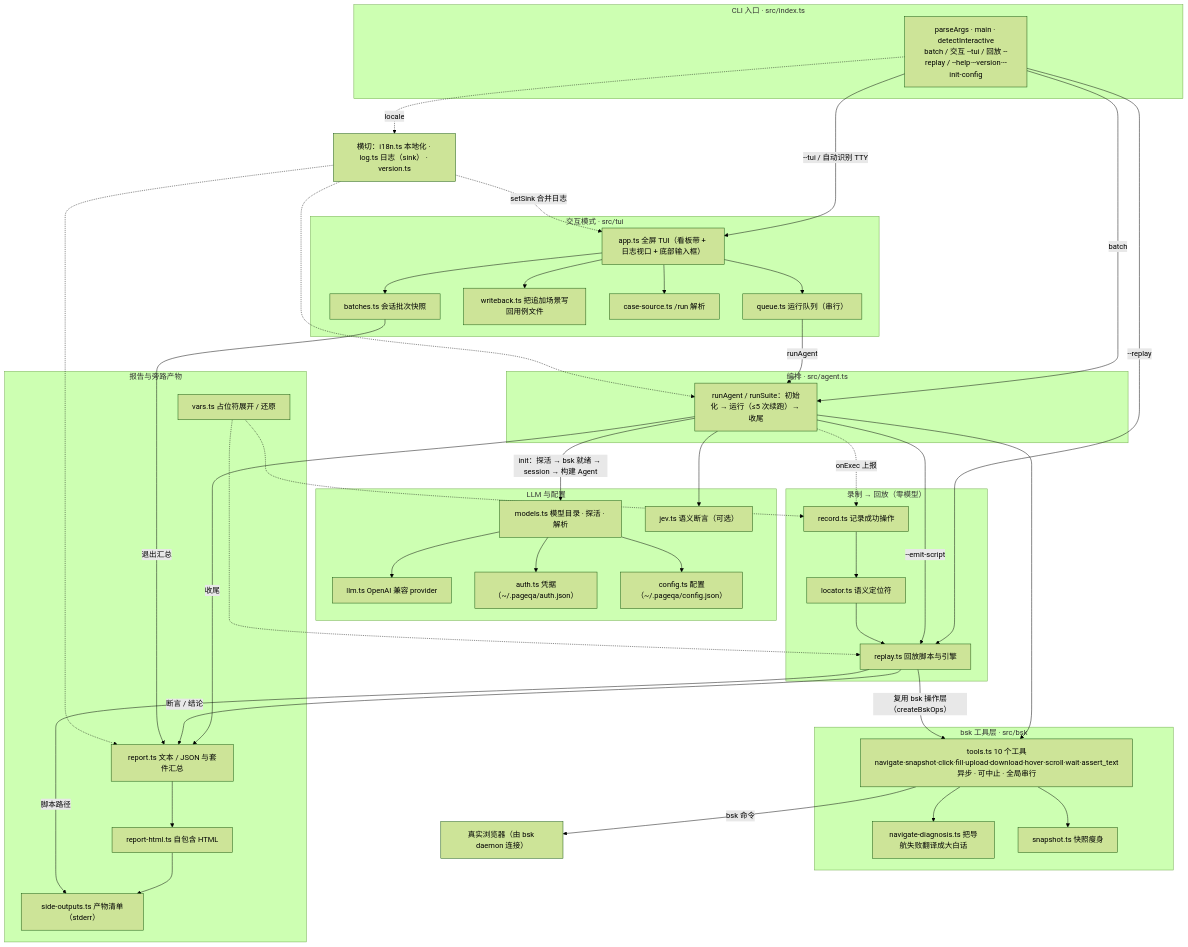
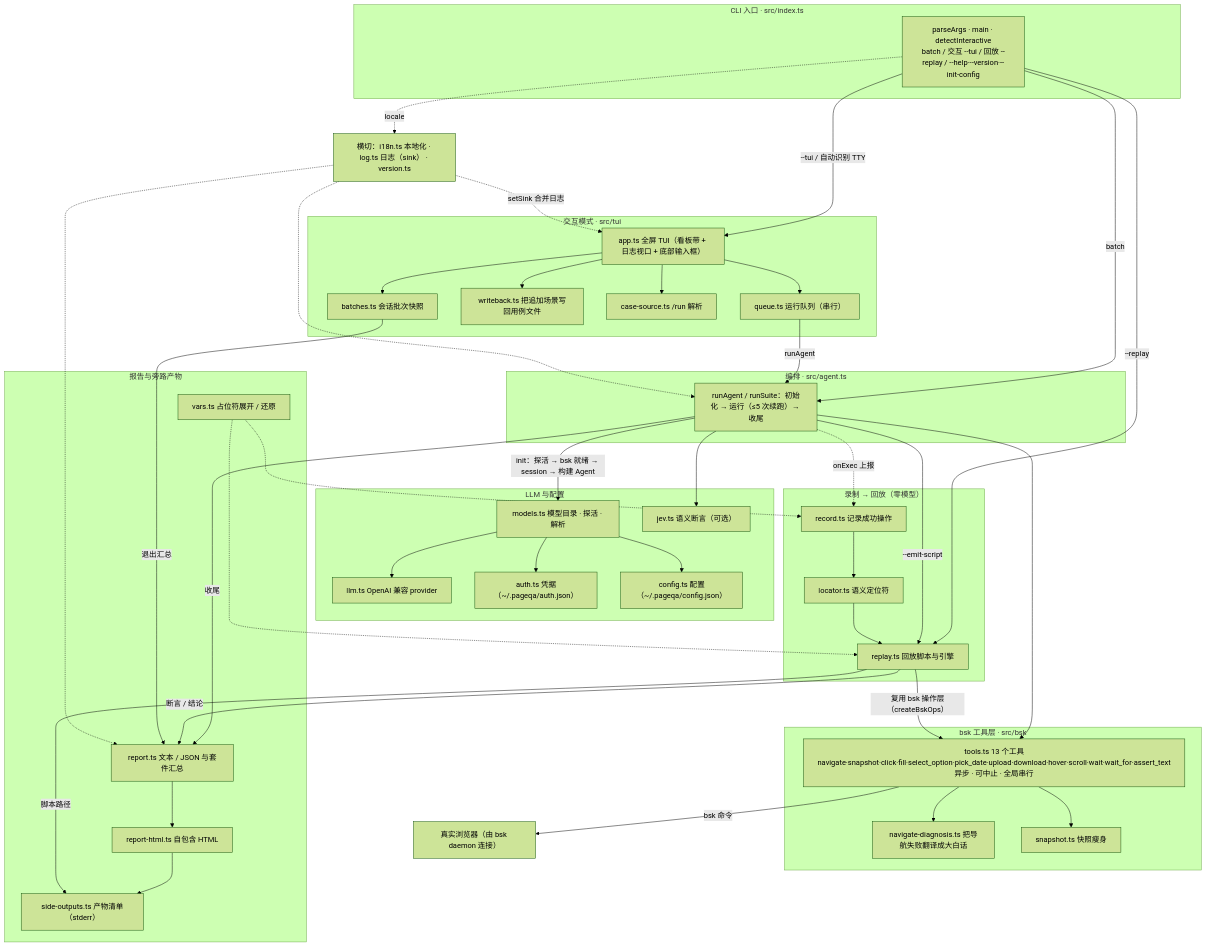
The diagram in README.zh-CN.md (klren0312/pageqa), drawn with Mermaid (forest theme) before and after one commit. The commit also changed other lines of this file and 10 other files, not shown here.

```diff
--- a/README.zh-CN.md
+++ b/README.zh-CN.md
@@ -235,7 +255,7 @@
   end
 
   subgraph BSK["bsk 工具层 · src/bsk"]
-    TOOLS["tools.ts 10 个工具<br/>navigate·snapshot·click·fill·upload·download·hover·scroll·wait·assert_text<br/>异步 · 可中止 · 全局串行"]
+    TOOLS["tools.ts 13 个工具<br/>navigate·snapshot·click·fill·select_option·pick_date·upload·download·hover·scroll·wait·wait_for·assert_text<br/>异步 · 可中止 · 全局串行"]
     DIAG["navigate-diagnosis.ts 把导航失败翻译成大白话"]
     SNAP["snapshot.ts 快照瘦身"]
   end
```
